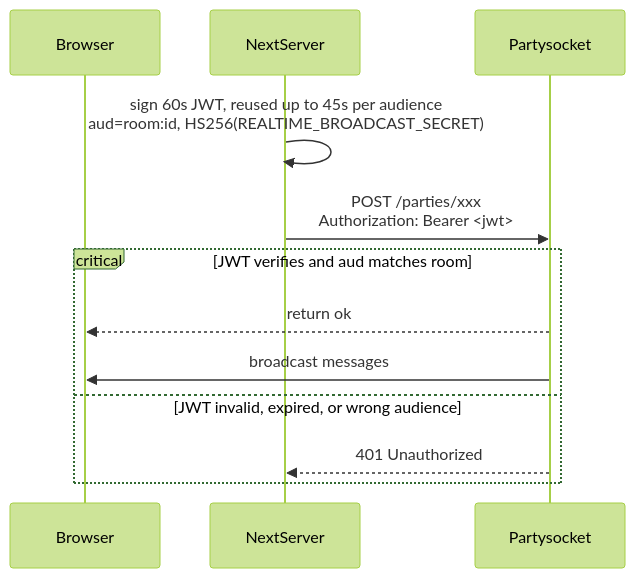
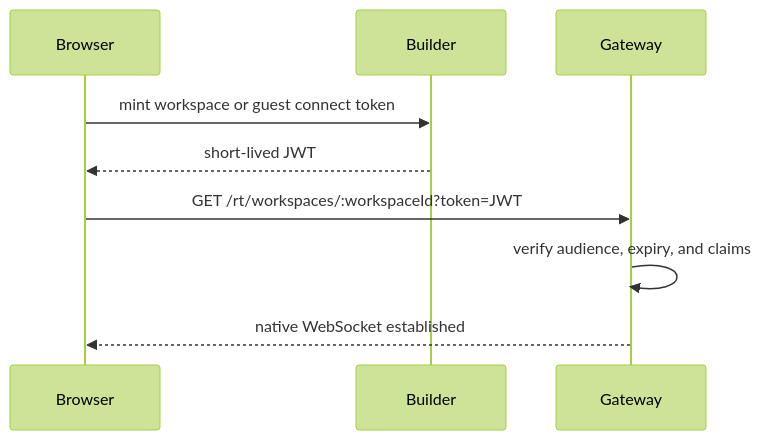
The first of 2 diagrams in docs/websocket.md (ChatbotXIO/ChatbotX), drawn with Mermaid (forest theme) before and after one commit. The commit also changed other lines of this file and 134 other files, not shown here.

Commit message:
refactor(realtime): remove partysocket transport

````diff
--- a/docs/websocket.md
+++ b/docs/websocket.md
@@ -23,15 +5,12 @@
 ```mermaid
 sequenceDiagram
   participant Browser
-  participant NextServer
-  participant Partysocket
+  participant Builder
+  participant Gateway
 
-  NextServer->>NextServer: sign 60s JWT, reused up to 45s per audience <br> aud=room:id, HS256(REALTIME_BROADCAST_SECRET)
-  NextServer->>Partysocket: POST /parties/xxx <br> Authorization: Bearer <jwt>
-  critical JWT verifies and aud matches room
-    Partysocket-->>Browser: return ok
-    Partysocket->>Browser: broadcast messages
-  option JWT invalid, expired, or wrong audience
-    Partysocket-->>NextServer: 401 Unauthorized
-  end
+  Browser->>Builder: mint workspace or guest connect token
+  Builder-->>Browser: short-lived JWT
+  Browser->>Gateway: GET /rt/workspaces/:workspaceId?token=JWT
+  Gateway->>Gateway: verify audience, expiry, and claims
+  Gateway-->>Browser: native WebSocket established
 ```
````
